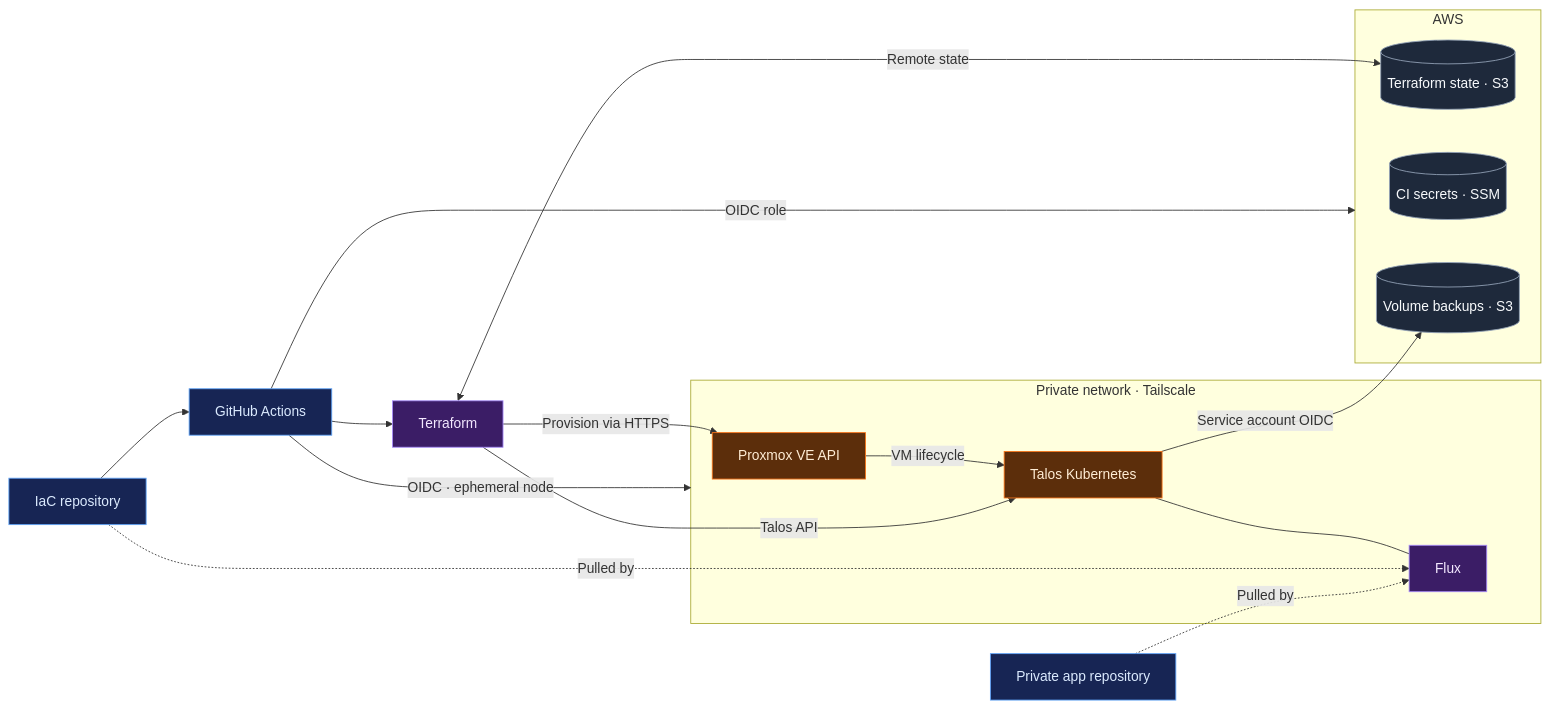
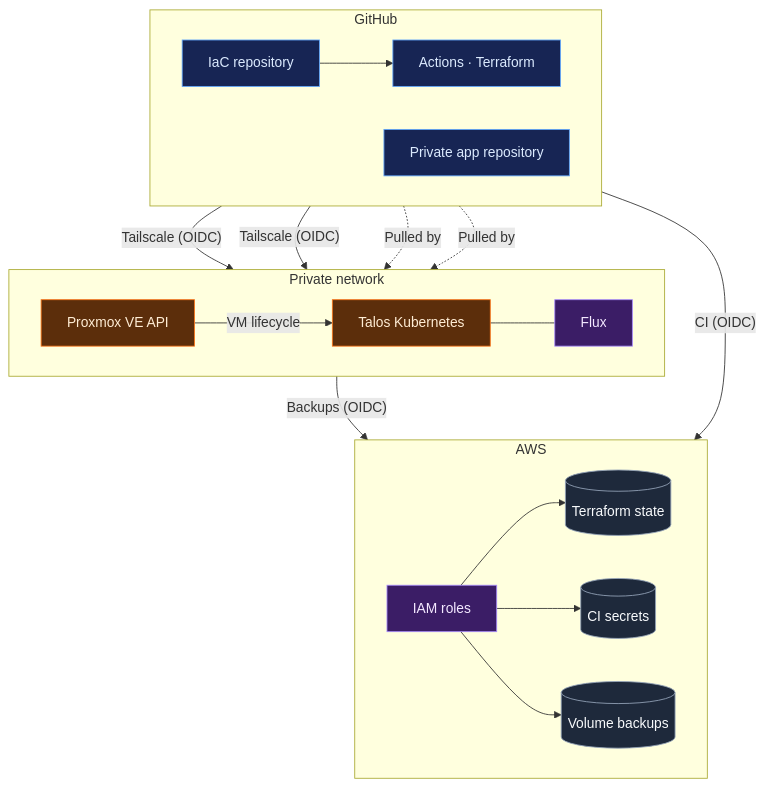
One commit to rauland/iac changed the diagram in README.md. Above: the diagram before and after it, drawn with Mermaid.

Commit message:
Lay the architecture diagram out as GitHub, private network and AWS
The previous layout crossed most of its edges. Top to bottom, each OIDC
path now runs in one direction: CI into the private network over Tailscale,
and CI and cluster backups into AWS through IAM roles.

Claude-Session: https://claude.ai/code/session_01GaWU1W6epJg7bgDswMPmiT

````diff
--- a/README.md
+++ b/README.md
@@ -31,39 +31,38 @@
 ```mermaid
-flowchart LR
-    repo["IaC repository"] --> actions["GitHub Actions"]
-    actions -->|OIDC role| aws
-    actions -->|OIDC · ephemeral node| private
-    actions --> terraform["Terraform"]
+flowchart TB
+    subgraph github["GitHub"]
+        direction LR
+        repo["IaC repository"] --> actions["Actions · Terraform"]
+        apps["Private app repository"]
+    end
+
+    subgraph homelab["Private network"]
+        direction LR
+        proxmox["Proxmox VE API"] -->|VM lifecycle| talos["Talos Kubernetes"]
+        talos --- flux["Flux"]
+    end
 
     subgraph aws["AWS"]
-        state[("Terraform state · S3")]
-        ssm[("CI secrets · SSM")]
-        backups[("Volume backups · S3")]
+        direction LR
+        iam["IAM roles"] --> state[("Terraform state")]
+        iam --> ssm[("CI secrets")]
+        iam --> backups[("Volume backups")]
     end
 
-    terraform <-->|Remote state| state
-
-    subgraph private["Private network · Tailscale"]
-        proxmox["Proxmox VE API"]
-        talos["Talos Kubernetes"]
-        flux["Flux"]
-        proxmox -->|VM lifecycle| talos
-        talos --- flux
-    end
-
-    terraform -->|Provision via HTTPS| proxmox
-    terraform -->|Talos API| talos
+    actions -->|"Tailscale (OIDC)"| proxmox
+    actions -->|"Tailscale (OIDC)"| talos
+    actions -->|"CI (OIDC)"| iam
+    talos -->|"Backups (OIDC)"| iam
     repo -.->|Pulled by| flux
-    apps["Private app repository"] -.->|Pulled by| flux
-    talos -->|Service account OIDC| backups
+    apps -.->|Pulled by| flux
 
     classDef automation fill:#172554,stroke:#60A5FA,color:#DBEAFE
     classDef provisioning fill:#3B1D66,stroke:#A78BFA,color:#F3E8FF
     classDef storage fill:#1E293B,stroke:#94A3B8,color:#F8FAFC
     classDef infrastructure fill:#5C2E0B,stroke:#F97316,color:#FFEDD5
 
-    class repo,actions,apps automation
-    class terraform,flux provisioning
+    class repo,apps,actions automation
+    class iam,flux provisioning
     class state,ssm,backups storage
     class proxmox,talos infrastructure
 ```
````
